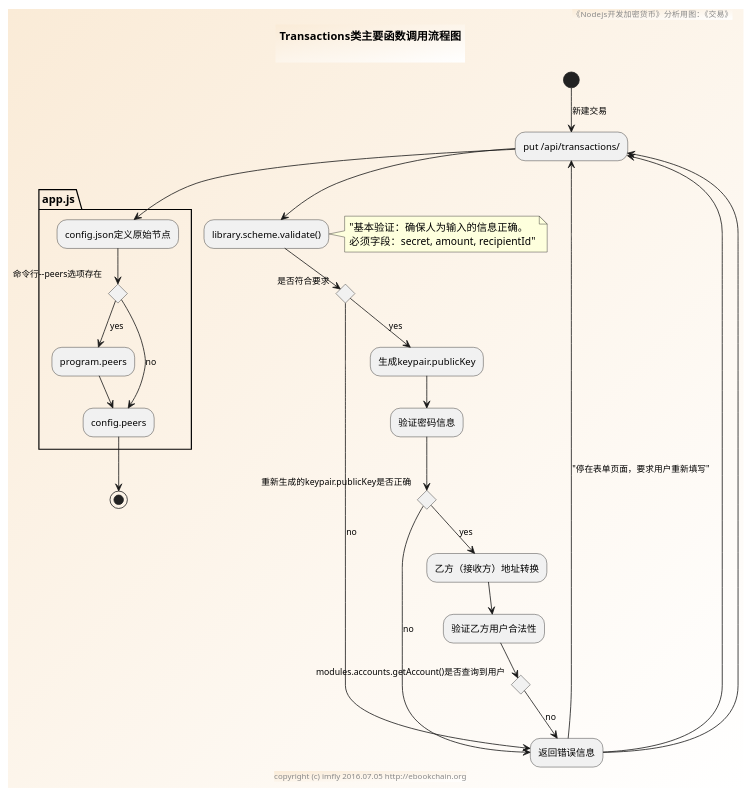
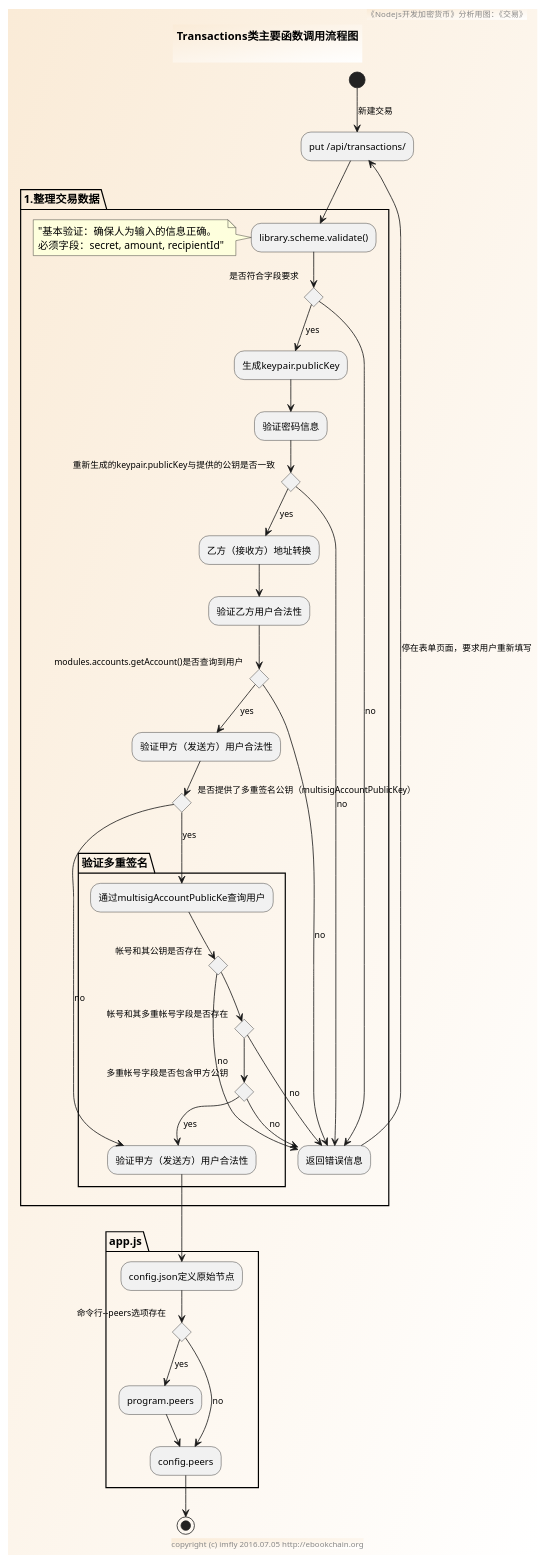
Before and after one commit to brightmanforever022/bitcoin-on-nodejs: the diagram in sources/modules/transactions/activity.pu, drawn with PlantUML. The commit also changed 2 other files, not shown here.

Commit message:
修改流程图

```diff
--- a/sources/modules/transactions/activity.pu
+++ b/sources/modules/transactions/activity.pu
@@ -1,50 +1,73 @@
 @startuml ../../../styles/images/modules/transactions/transactions-activity.png
 skinparam BorderColor #blue\9932CC
 skinparam backgroundcolor AntiqueWhite/white
 
 title
 Transactions类主要函数调用流程图
 
 end title
 
 footer copyright (c) imfly 2016.07.05 http://ebookchain.org
 header 《Nodejs开发加密货币》分析用图：《交易》
 
 (*)--> [新建交易] "put /api/transactions/" as form
---> library.scheme.validate()
-note right
-"基本验证：确保人为输入的信息正确。
-必须字段：secret, amount, recipientId"
-end note
-if "是否符合要求" then
---> [no] "返回错误信息"
--left-> ["停在表单页面，要求用户重新填写"] form
-else
---> [yes] "生成keypair.publicKey"
---> 验证密码信息
-    if "重新生成的keypair.publicKey是否正确" then
+partition "1.整理交易数据" {
+    --> library.scheme.validate()
+    note left
+    "基本验证：确保人为输入的信息正确。
+    必须字段：secret, amount, recipientId"
+    end note
+    if "是否符合字段要求" then
     --> [no] "返回错误信息"
-    --> form
+    -left-> [停在表单页面，要求用户重新填写] form
     else
-    --> [yes] "乙方（接收方）地址转换"
-    --> "验证乙方用户合法性"
-        if "modules.accounts.getAccount()是否查询到用户" then
+    --> [yes] "生成keypair.publicKey"
+    --> 验证密码信息
+        if "重新生成的keypair.publicKey与提供的公钥是否一致" then
         --> [no] "返回错误信息"
-        --> form
+        else
+        --> [yes] "乙方（接收方）地址转换"
+        --> "验证乙方用户合法性"
+            if "modules.accounts.getAccount()是否查询到用户" then
+            --> [no] "返回错误信息"
+            else
+            --> [yes] "验证甲方（发送方）用户合法性"
+                if "是否提供了多重签名公钥（multisigAccountPublicKey）" then
+                    partition "验证多重签名" {
+                      --> [yes] "通过multisigAccountPublicKe查询用户"
+                      if "帐号和其公钥是否存在" then
+                      --> [no] "返回错误信息"
+                      else
+                          if "帐号和其多重帐号字段是否存在" then
+                          --> [no] "返回错误信息"
+                          else
+                            if "多重帐号字段是否包含甲方公钥" then
+                            --> [no] "返回错误信息"
+                            else
+                            --> [yes] "验证甲方（发送方）用户合法性" as requester_verify
+                            endif
+                          endif
+
+                      endif
+                    }
+                else
+                --> [no] requester_verify
+                endif
+            endif
         endif
     endif
-endif
+}
 
 ' app.js启动命令
 partition app.js {
   --> config.json定义原始节点
   if "命令行--peers选项存在" then
   -->[yes] program.peers
   --> "config.peers" as peers
   else
   --> [no] peers
   endif
 }
 
 --> (*)
 @enduml
```
